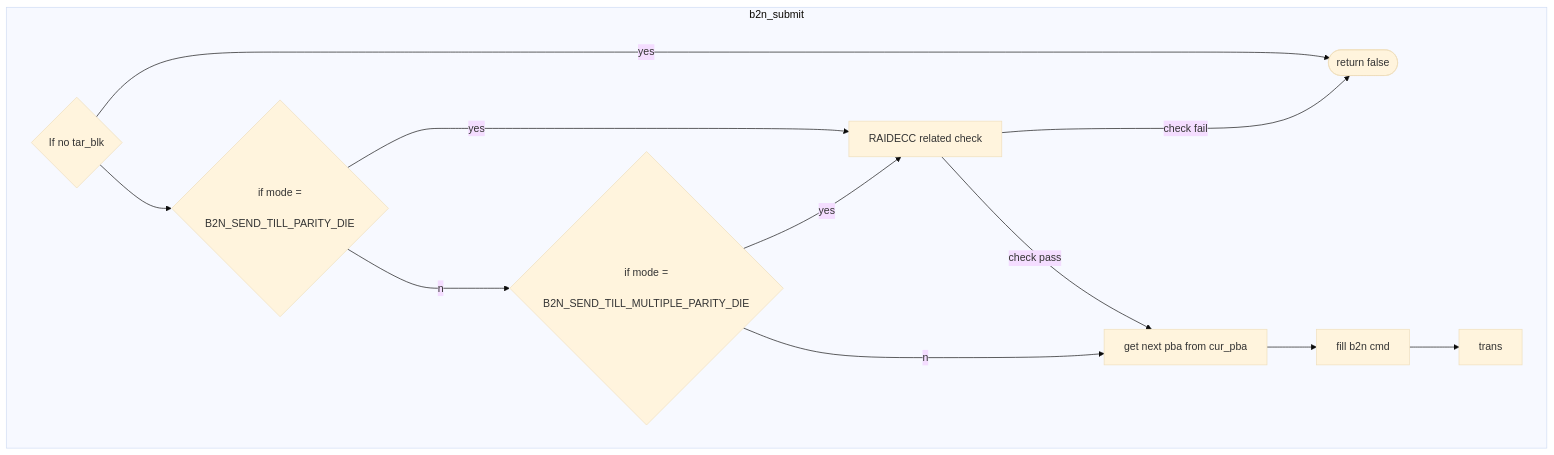
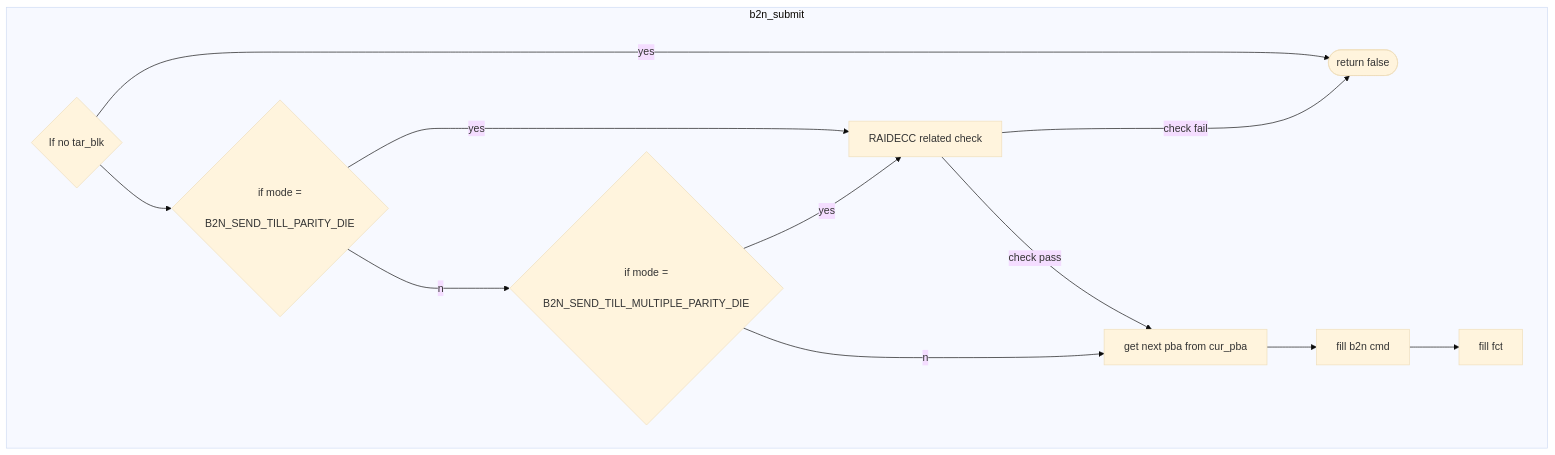
The diagram in all/未命名-2.md (jenny112646/iodraw-files), drawn with Mermaid (base theme) before and after one commit.

Commit message:
2024-06-07 11:03:00 update

````diff
--- a/all/未命名-2.md
+++ b/all/未命名-2.md
@@ -1,19 +1,19 @@
 ```mermaid
 flowchart TD
 subgraph b2n_submit
     direction LR
     c1{"If no tar_blk"} --yes--> c2([return false])
     c1 --> c3{"if mode =
     B2N_SEND_TILL_PARITY_DIE"}
     c3 --yes--> c4["RAIDECC related check"]
     c3 --no--> c5{"if mode =
     B2N_SEND_TILL_MULTIPLE_PARITY_DIE"}
     c5 --yes--> c4["RAIDECC related check"]
     c5 --no--> c6["get next pba from cur_pba"]
     c4 --"check fail"---> c2
     c4 --"check pass"--> c6
     c6 --> c7["fill b2n cmd"]
-    c7 --> c8["trans"]
+    c7 --> c8["fill fct "]
 
 end
 ```
````
